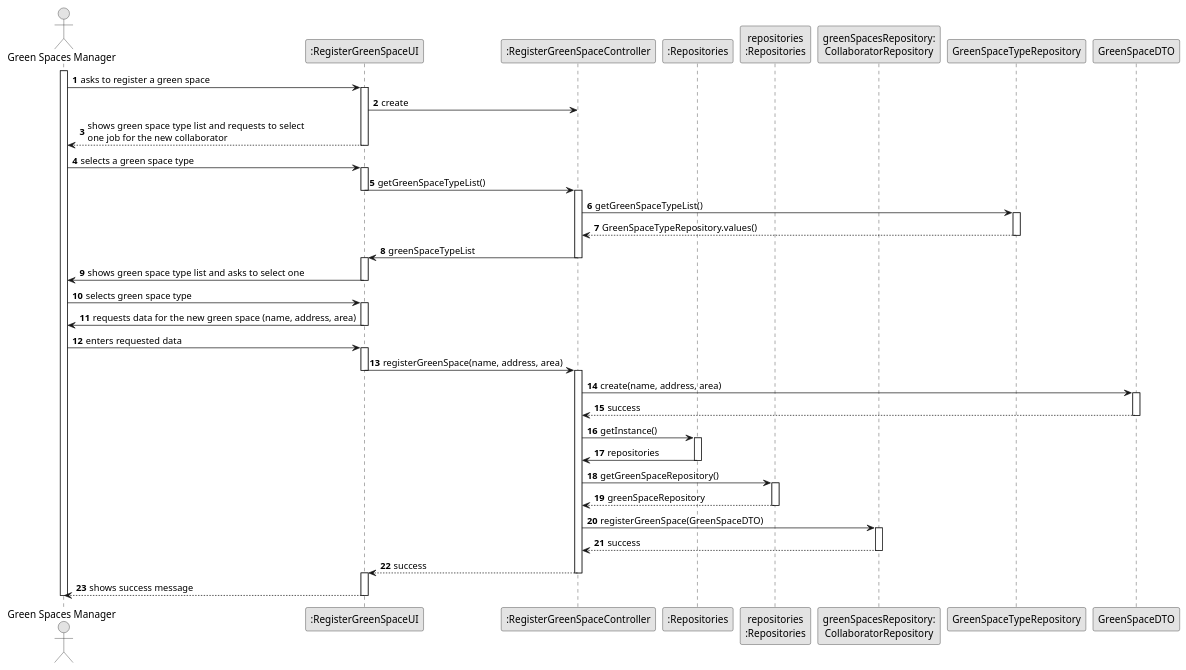
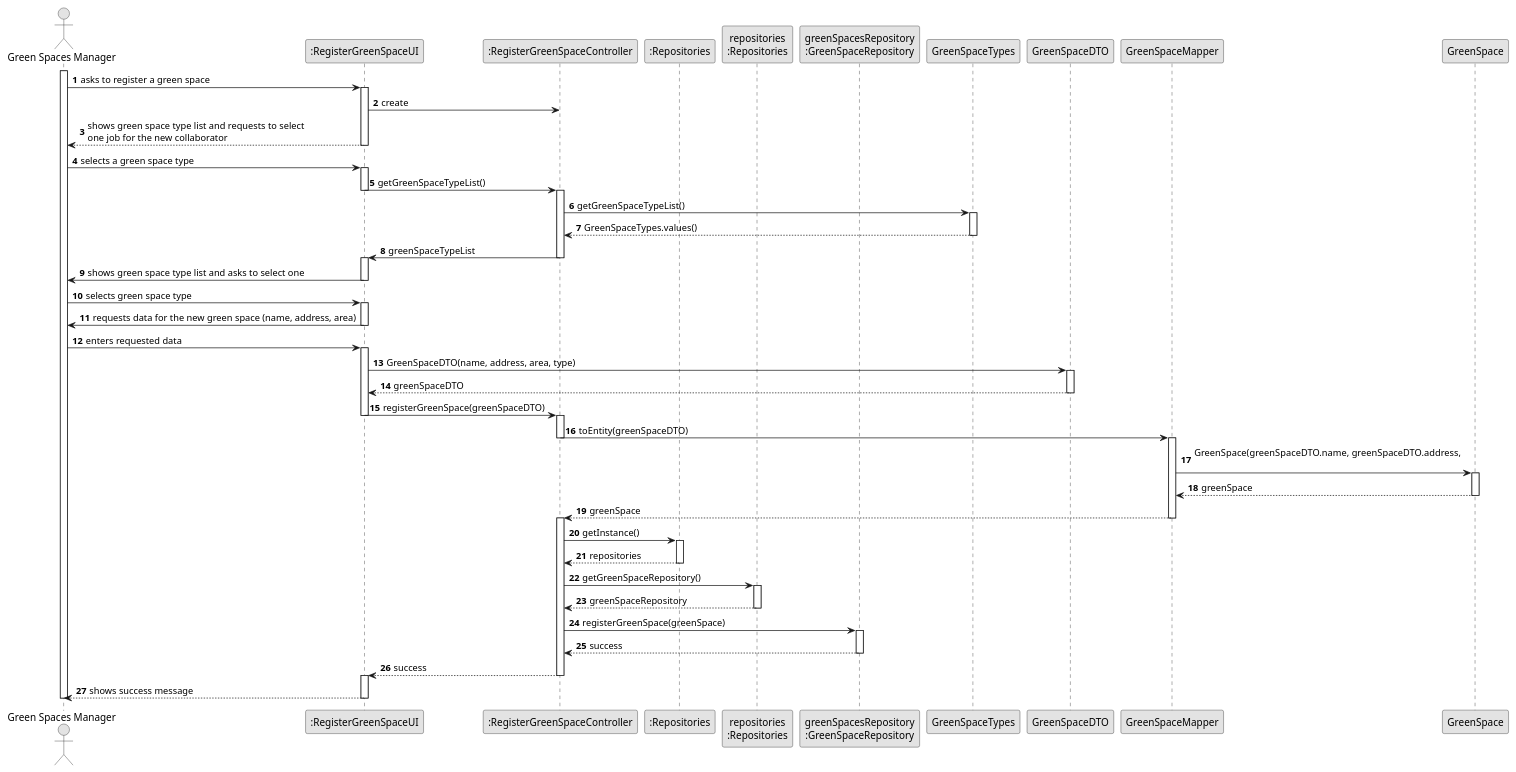
One commit to Departamento-de-Engenharia-Informatica/lei-24-s2-1do-g164 changed the diagram in docs/sprintC/us020/03.design/puml/us020-sequence-diagram-full.puml. Above: the diagram before and after it, drawn with PlantUML. The commit also changed 1 other file, not shown here.

Commit message:
US020(docs): SD Diagram

```diff
--- a/docs/sprintC/us020/03.design/puml/us020-sequence-diagram-full.puml
+++ b/docs/sprintC/us020/03.design/puml/us020-sequence-diagram-full.puml
@@ -1,86 +1,98 @@
 @startuml
 skinparam monochrome true
 skinparam packageStyle rectangle
 skinparam shadowing false
 
 autonumber
 
 'hide footbox
 actor "Green Spaces Manager" as HRM
 participant ":RegisterGreenSpaceUI" as UI
 participant ":RegisterGreenSpaceController" as CTRL
 participant ":Repositories" as RepositorySingleton
 participant "repositories\n:Repositories" as PLAT
-participant "greenSpacesRepository:\nCollaboratorRepository" as collaboratorRepository
-participant "GreenSpaceTypeRepository" as DocumentTypeRepository
+participant "greenSpacesRepository\n:GreenSpaceRepository" as collaboratorRepository
+participant "GreenSpaceTypes" as DocumentTypeRepository
 participant "GreenSpaceDTO" as GreenSpaceDTO
 activate HRM
 
     HRM -> UI : asks to register a green space
     activate UI
 
     UI -> CTRL : create
 
     UI --> HRM : shows green space type list and requests to select \none job for the new collaborator
     deactivate UI
 
     HRM -> UI : selects a green space type
     activate UI
     UI -> CTRL : getGreenSpaceTypeList()
     deactivate UI
     activate CTRL
     CTRL -> DocumentTypeRepository : getGreenSpaceTypeList()
 
     activate DocumentTypeRepository
-    DocumentTypeRepository --> CTRL : GreenSpaceTypeRepository.values()
+    DocumentTypeRepository --> CTRL : GreenSpaceTypes.values()
     deactivate DocumentTypeRepository
     CTRL -> UI : greenSpaceTypeList
 
     deactivate CTRL
     activate UI
 
     UI -> HRM : shows green space type list and asks to select one
     deactivate UI
     HRM -> UI : selects green space type
     activate UI
     UI -> HRM : requests data for the new green space (name, address, area)
     deactivate UI
     HRM -> UI : enters requested data
     activate UI
 
 
-    UI -> CTRL : registerGreenSpace(name, address, area)
+UI -> "GreenSpaceDTO" : GreenSpaceDTO(name, address, area, type)
+activate "GreenSpaceDTO"
+"GreenSpaceDTO"--> UI : greenSpaceDTO
+deactivate "GreenSpaceDTO"
+    UI -> CTRL : registerGreenSpace(greenSpaceDTO)
     deactivate UI
     activate CTRL
+    CTRL -> "GreenSpaceMapper" : toEntity(greenSpaceDTO)
+    deactivate CTRL
+    activate "GreenSpaceMapper"
+    "GreenSpaceMapper" -> "GreenSpace" : GreenSpace(greenSpaceDTO.name, greenSpaceDTO.address, \n
+    activate GreenSpace
+    "GreenSpace" --> "GreenSpaceMapper" : greenSpace
+    deactivate GreenSpace
+    "GreenSpaceMapper" --> CTRL : greenSpace
+    deactivate "GreenSpaceMapper"
+    activate CTRL
+
+
     ' Use GreenSpaceDTO to encapsulate data
-    CTRL -> GreenSpaceDTO : create(name, address, area)
-    activate GreenSpaceDTO
-    GreenSpaceDTO --> CTRL : success
-    deactivate GreenSpaceDTO
     CTRL -> RepositorySingleton : getInstance()
     activate RepositorySingleton
-    RepositorySingleton -> CTRL : repositories
+    RepositorySingleton --> CTRL : repositories
     deactivate RepositorySingleton
 
     CTRL -> PLAT : getGreenSpaceRepository()
     activate PLAT
     PLAT --> CTRL : greenSpaceRepository
     deactivate PLAT
 
     ' Pass GreenSpaceDTO to the repository
-    CTRL -> collaboratorRepository : registerGreenSpace(GreenSpaceDTO)
+    CTRL -> collaboratorRepository : registerGreenSpace(greenSpace)
     activate collaboratorRepository
 
     collaboratorRepository --> CTRL : success
 
     deactivate collaboratorRepository
     CTRL --> UI : success
     deactivate CTRL
     activate UI
 
     UI --> HRM : shows success message
     deactivate UI
 
 deactivate HRM
 
 @enduml
```
